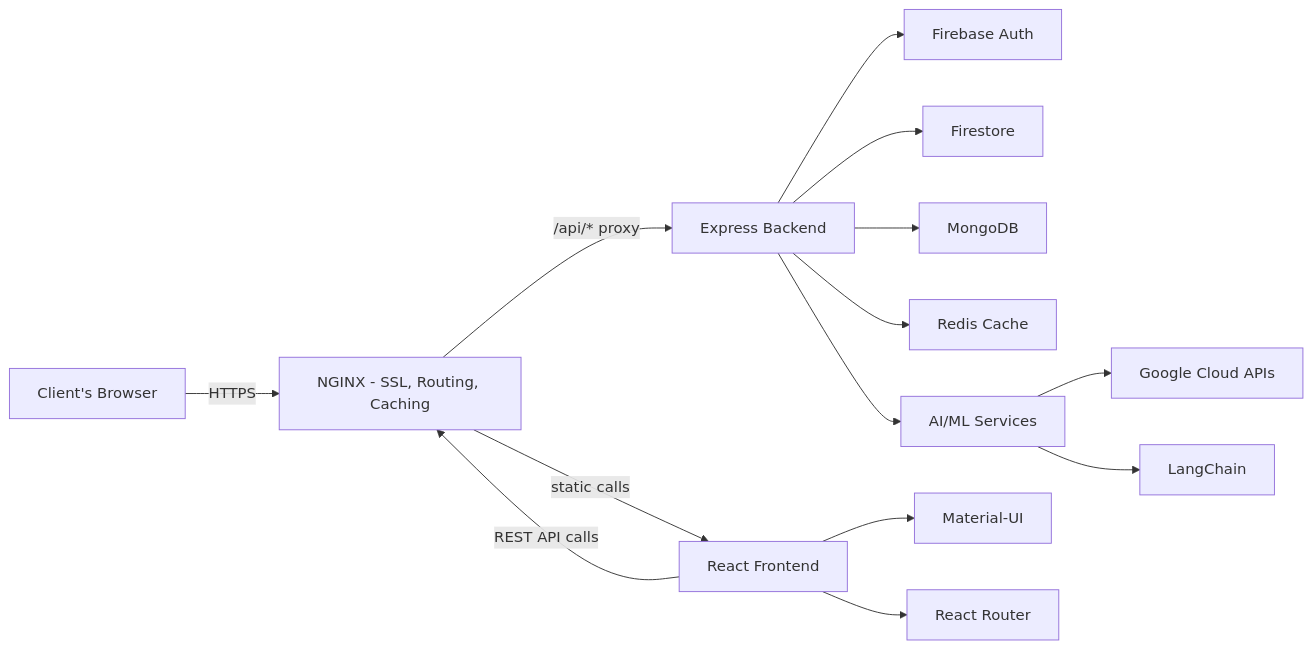
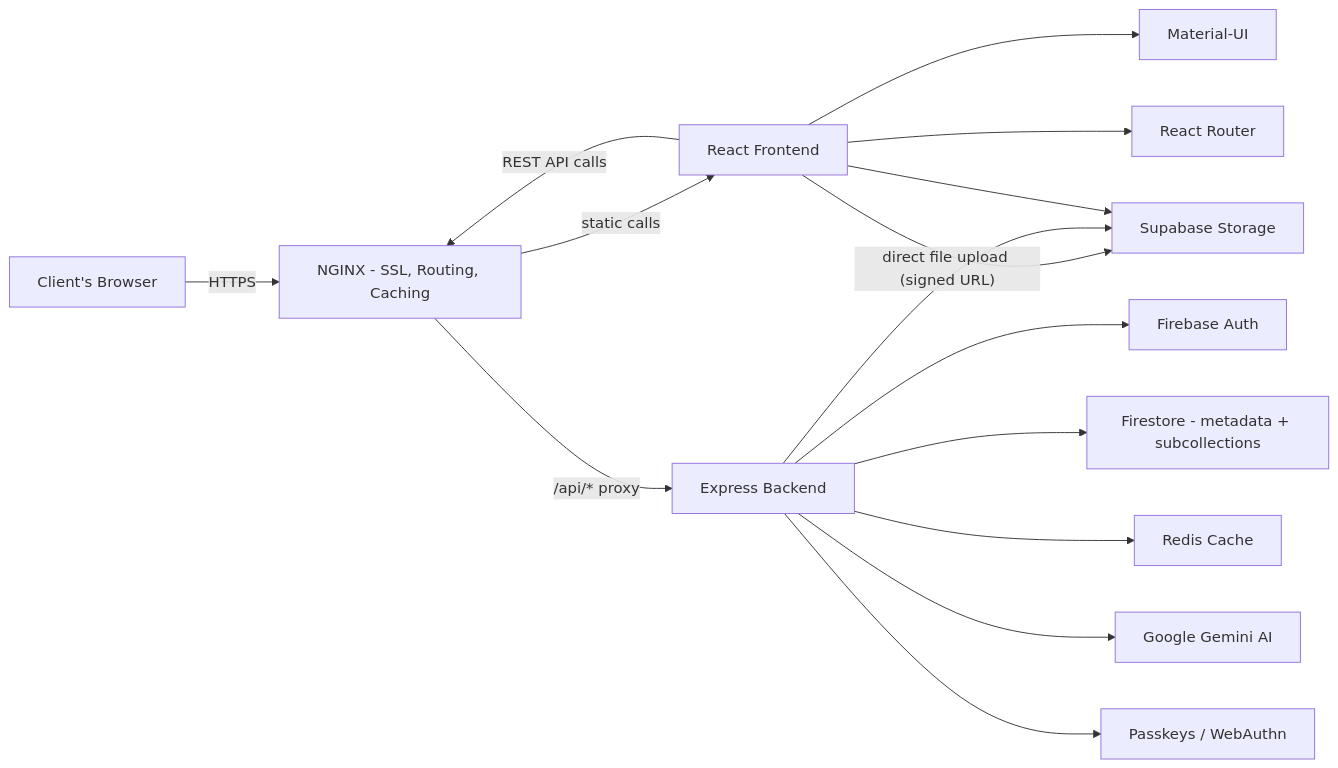
The first of 11 diagrams in README.md (Derek-miranda/DocuThinker-AI), drawn with Mermaid before and after one commit. The commit also changed other lines of this file and 73 other files, not shown here.

Commit message:
feat: integrate Supabase for document storage and add cache handling

````diff
--- a/README.md
+++ b/README.md
@@ -56,19 +59,19 @@
 ```mermaid
 graph LR
     U[Client's Browser] -->|HTTPS| N[NGINX - SSL, Routing, Caching]
 N -->|static calls| A[React Frontend]
 N -->|/api/* proxy| B[Express Backend]
 A -->|REST API calls| N
+A -->|"direct file upload (signed URL)"| SB[Supabase Storage]
 
 B --> C[Firebase Auth]
-B --> D[Firestore]
-B --> E[MongoDB]
+B --> D[Firestore - metadata + subcollections]
+B --> SB
 B --> F[Redis Cache]
-B --> G[AI/ML Services]
+B --> G[Google Gemini AI]
+B --> P[Passkeys / WebAuthn]
 
 A --> H[Material-UI]
 A --> I[React Router]
-
-G --> J[Google Cloud APIs]
-G --> K[LangChain]
+A --> SB
 ```
````
